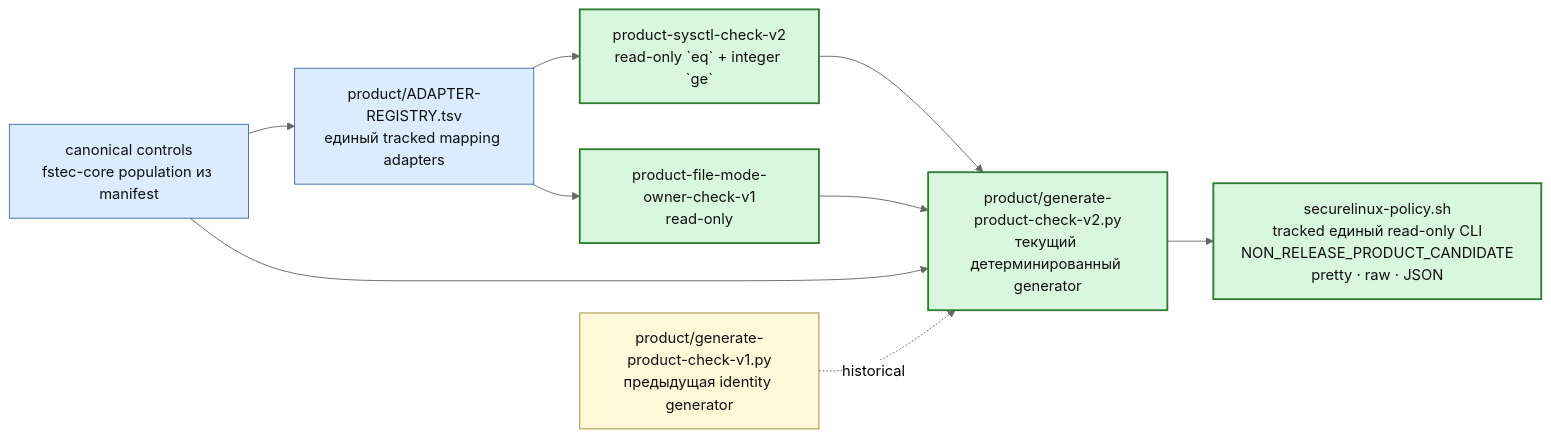
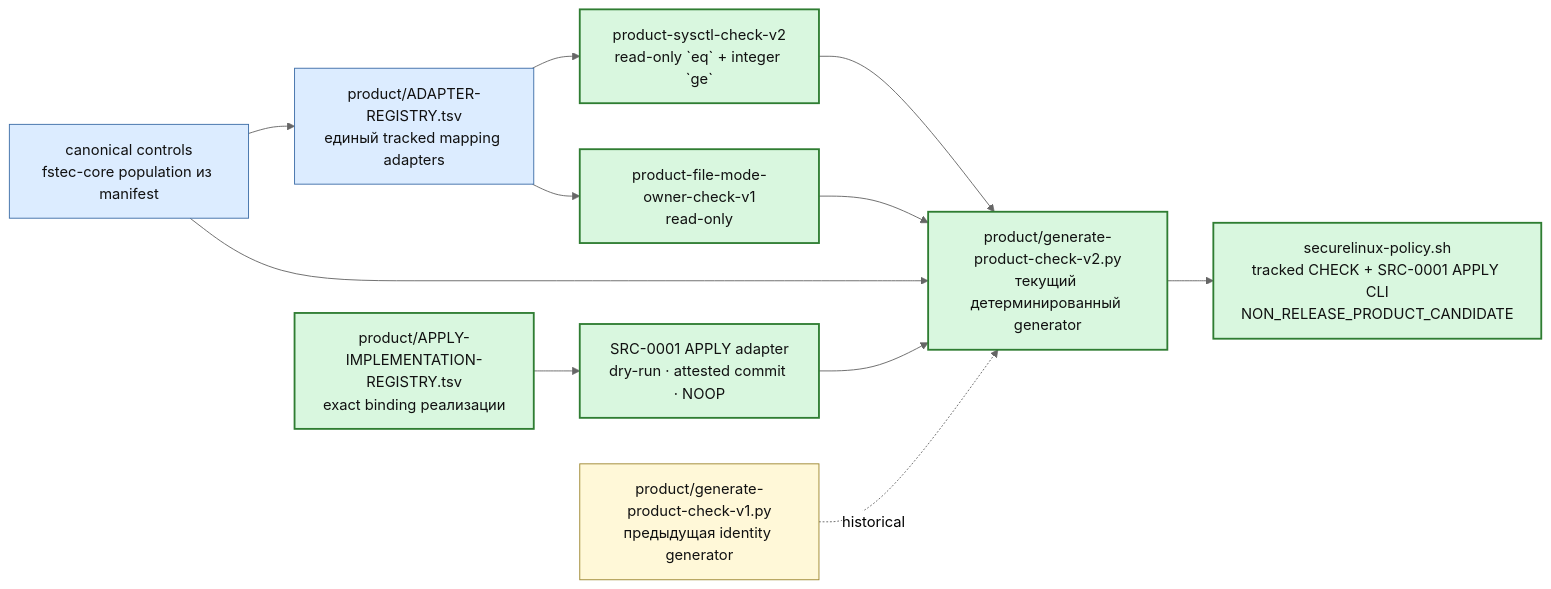
One commit to rasav65/SecureLinux-Policy changed the third of 6 diagrams in docs/PROJECT-MAP-v3.md. Above: the diagram before and after it, drawn with Mermaid (neutral theme). The commit also changed other lines of this file and 64 other files, not shown here.

Commit message:
Implement SRC-0001 APPLY, bind contracts and align documentation

````diff
--- a/docs/PROJECT-MAP-v3.md
+++ b/docs/PROJECT-MAP-v3.md
@@ -196,22 +205,25 @@
 ```mermaid
 flowchart LR
     CTRLNOW["canonical controls<br/>fstec-core population из manifest"]:::component
     REG["product/ADAPTER-REGISTRY.tsv<br/>единый tracked mapping adapters"]:::component
     SYS["product-sysctl-check-v2<br/>read-only `eq` + integer `ge`"]:::closed
     FILE["product-file-mode-owner-check-v1<br/>read-only"]:::closed
     GEN1["product/generate-product-check-v1.py<br/>предыдущая identity generator"]:::note
     GEN2["product/generate-product-check-v2.py<br/>текущий детерминированный generator"]:::closed
-    CLI["securelinux-policy.sh<br/>tracked единый read-only CLI<br/>NON_RELEASE_PRODUCT_CANDIDATE<br/>pretty · raw · JSON"]:::closed
+    IMPLREG["product/APPLY-IMPLEMENTATION-REGISTRY.tsv<br/>exact binding реализации"]:::closed
+    APPLY1["SRC-0001 APPLY adapter<br/>dry-run · attested commit · NOOP"]:::closed
+    CLI["securelinux-policy.sh<br/>tracked CHECK + SRC-0001 APPLY CLI<br/>NON_RELEASE_PRODUCT_CANDIDATE"]:::closed
 
     CTRLNOW --> REG
     REG --> SYS
     REG --> FILE
     SYS --> GEN2
     FILE --> GEN2
     CTRLNOW --> GEN2 --> CLI
+    IMPLREG --> APPLY1 --> GEN2
     GEN1 -. historical .-> GEN2
 
     classDef closed fill:#d9f7df,stroke:#2f7d32,color:#111,stroke-width:2px;
     classDef component fill:#dcecff,stroke:#3e6ea8,color:#111;
     classDef note fill:#fff8d8,stroke:#9d8730,color:#111;
 ```
````
